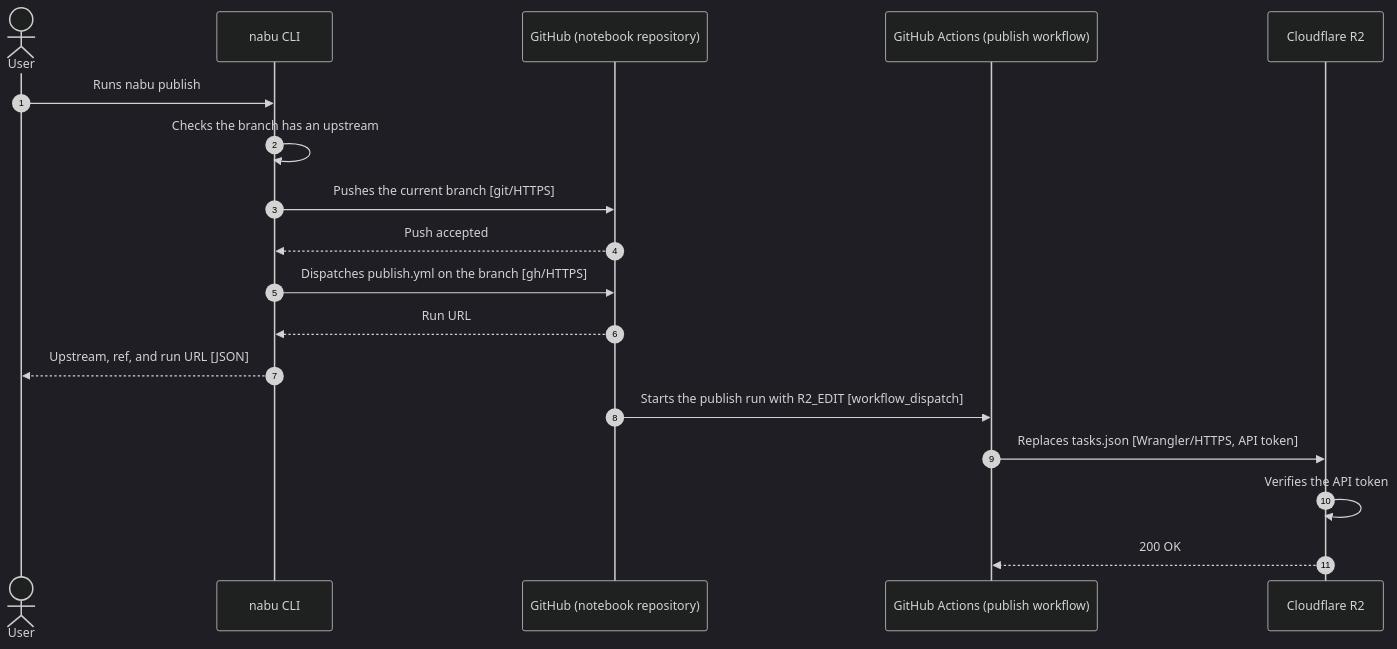
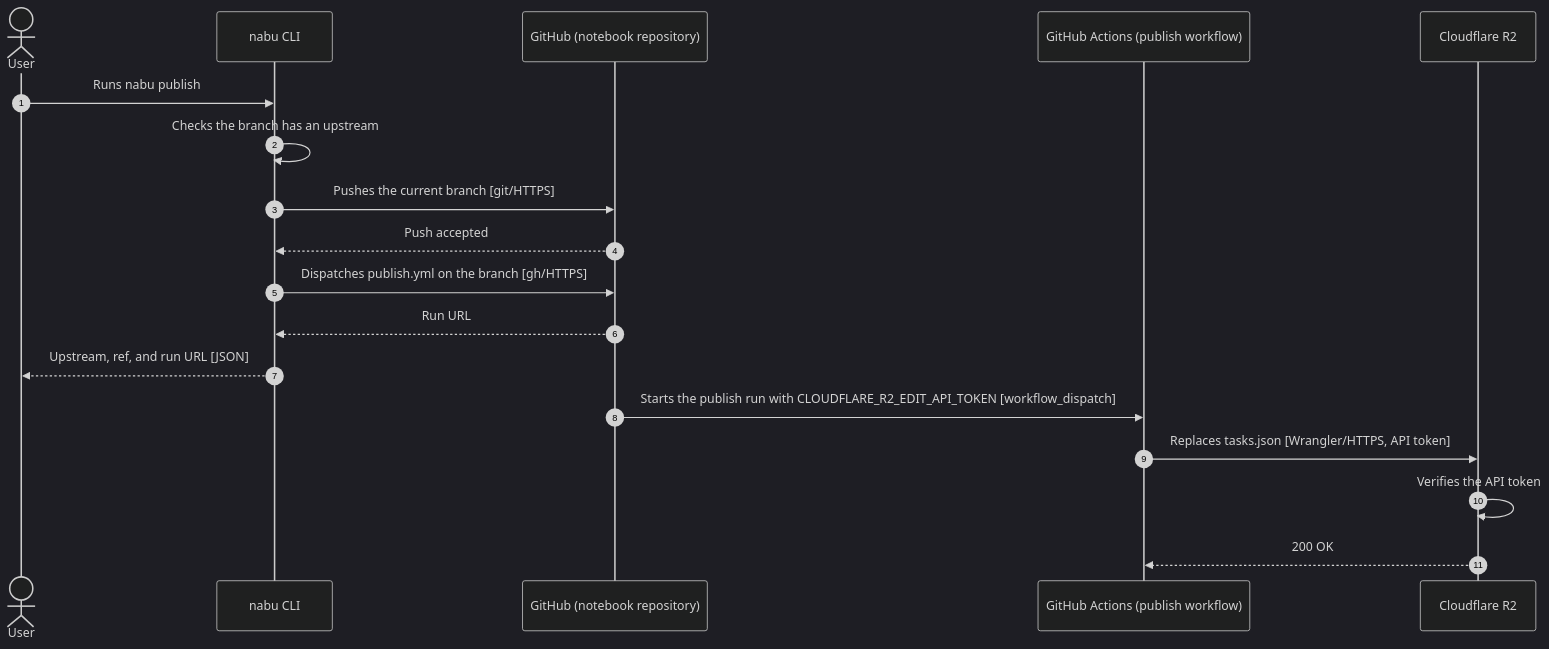
The diagram in docs/architecture.md (gitt510/nabu), drawn with Mermaid (dark theme) before and after one commit. The commit also changed 2 other files, not shown here.

Commit message:
publish: name the secret CLOUDFLARE_R2_EDIT_API_TOKEN so the name says what it holds and allows

````diff
--- a/docs/architecture.md
+++ b/docs/architecture.md
@@ -5,21 +5,21 @@
 ```mermaid
 sequenceDiagram
   autonumber
   actor User
   participant CLI as nabu CLI
   participant GitHub as GitHub (notebook repository)
   participant Actions as GitHub Actions (publish workflow)
   participant R2 as Cloudflare R2
 
   User->>CLI: Runs nabu publish
   CLI->>CLI: Checks the branch has an upstream
   CLI->>GitHub: Pushes the current branch [git/HTTPS]
   GitHub-->>CLI: Push accepted
   CLI->>GitHub: Dispatches publish.yml on the branch [gh/HTTPS]
   GitHub-->>CLI: Run URL
   CLI-->>User: Upstream, ref, and run URL [JSON]
-  GitHub->>Actions: Starts the publish run with R2_EDIT [workflow_dispatch]
+  GitHub->>Actions: Starts the publish run with CLOUDFLARE_R2_EDIT_API_TOKEN [workflow_dispatch]
   Actions->>R2: Replaces tasks.json [Wrangler/HTTPS, API token]
   R2->>R2: Verifies the API token
   R2-->>Actions: 200 OK
 ```
````
